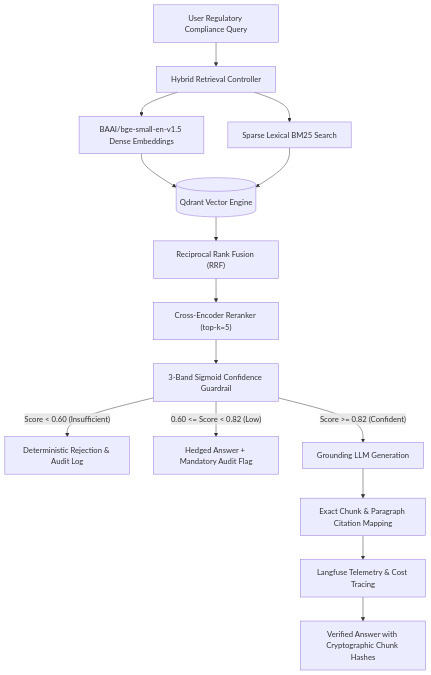
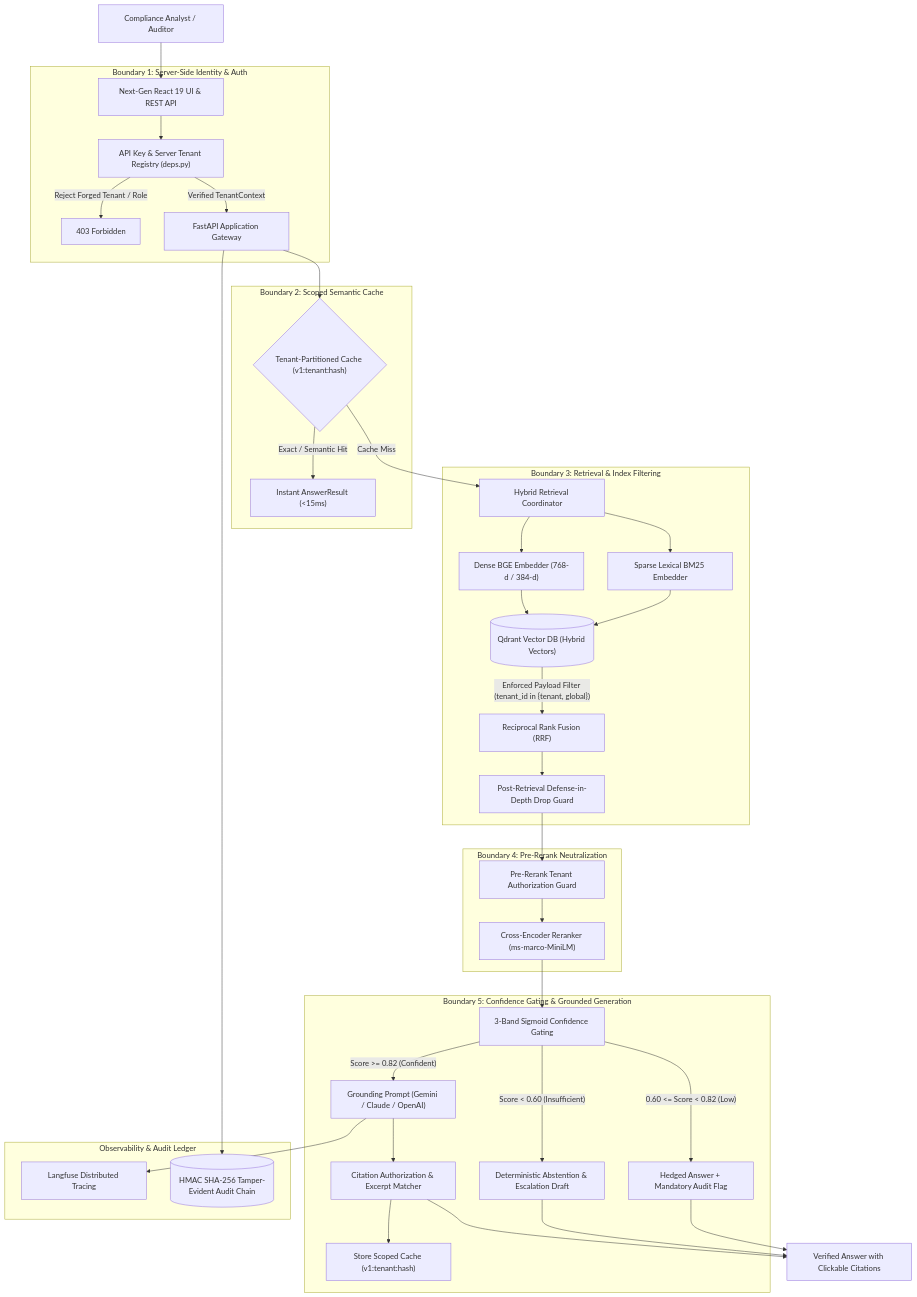
One commit to sultanriaz/citerator changed the diagram in README.md. Above: the diagram before and after it, drawn with Mermaid. The commit also changed other lines of this file and 147 other files, not shown here.

Commit message:
feat: implement multi-tenant security, BOLA/IDOR protection, and regulatory governance (Session 3)

````diff
--- a/README.md
+++ b/README.md
@@ -16,19 +17,48 @@
 ```mermaid
 flowchart TD
-    UserQuery["User Regulatory Compliance Query"] --> HybridCtrl["Hybrid Retrieval Controller"]
-    HybridCtrl --> DenseEmbed["BAAI/bge-small-en-v1.5 Dense Embeddings"]
-    HybridCtrl --> SparseBM25["Sparse Lexical BM25 Search"]
-    DenseEmbed --> Qdrant[("Qdrant Vector Engine")]
-    SparseBM25 --> Qdrant
-    Qdrant --> RRF["Reciprocal Rank Fusion (RRF)"]
-    RRF --> CrossEncoder["Cross-Encoder Reranker (top-k=5)"]
-    CrossEncoder --> SigmoidFilter["3-Band Sigmoid Confidence Guardrail"]
+    User["Compliance Analyst / Auditor"] --> ClientUI["Next-Gen React 19 UI & REST API"]
     
-    SigmoidFilter -->|"Score < 0.60 (Insufficient)"| Refusal["Deterministic Rejection & Audit Log"]
-    SigmoidFilter -->|"0.60 <= Score < 0.82 (Low)"| Hedged["Hedged Answer + Mandatory Audit Flag"]
-    SigmoidFilter -->|"Score >= 0.82 (Confident)"| Generator["Grounding LLM Generation"]
+    subgraph "Boundary 1: Server-Side Identity & Auth"
+        ClientUI --> AuthGate["API Key & Server Tenant Registry (deps.py)"]
+        AuthGate -->|"Reject Forged Tenant / Role"| Deny403["403 Forbidden"]
+        AuthGate -->|"Verified TenantContext"| RouteHandler["FastAPI Application Gateway"]
+    end
     
-    Generator --> CitationSpan["Exact Chunk & Paragraph Citation Mapping"]
-    CitationSpan --> Tracing["Langfuse Telemetry & Cost Tracing"]
-    Tracing --> FinalResponse["Verified Answer with Cryptographic Chunk Hashes"]
+    subgraph "Boundary 2: Scoped Semantic Cache"
+        RouteHandler --> CacheLookup{"Tenant-Partitioned Cache (v1:tenant:hash)"}
+        CacheLookup -->|"Exact / Semantic Hit"| CachedResponse["Instant AnswerResult (<15ms)"]
+    end
+    
+    subgraph "Boundary 3: Retrieval & Index Filtering"
+        CacheLookup -->|"Cache Miss"| HybridEngine["Hybrid Retrieval Coordinator"]
+        HybridEngine --> Dense["Dense BGE Embedder (768-d / 384-d)"]
+        HybridEngine --> Sparse["Sparse Lexical BM25 Embedder"]
+        Dense --> Qdrant[("Qdrant Vector DB (Hybrid Vectors)")]
+        Sparse --> Qdrant
+        Qdrant -->|"Enforced Payload Filter (tenant_id in {tenant, global})"| RRF["Reciprocal Rank Fusion (RRF)"]
+        RRF --> PostDrop["Post-Retrieval Defense-in-Depth Drop Guard"]
+    end
+    
+    subgraph "Boundary 4: Pre-Rerank Neutralization"
+        PostDrop --> PreRerankAuth["Pre-Rerank Tenant Authorization Guard"]
+        PreRerankAuth --> Reranker["Cross-Encoder Reranker (ms-marco-MiniLM)"]
+    end
+    
+    subgraph "Boundary 5: Confidence Gating & Grounded Generation"
+        Reranker --> SigmoidGating["3-Band Sigmoid Confidence Gating"]
+        SigmoidGating -->|"Score < 0.60 (Insufficient)"| Refuse["Deterministic Abstention & Escalation Draft"]
+        SigmoidGating -->|"0.60 <= Score < 0.82 (Low)"| Hedged["Hedged Answer + Mandatory Audit Flag"]
+        SigmoidGating -->|"Score >= 0.82 (Confident)"| LLM["Grounding Prompt (Gemini / Claude / OpenAI)"]
+        LLM --> CitationResolver["Citation Authorization & Excerpt Matcher"]
+        CitationResolver --> CacheStore["Store Scoped Cache (v1:tenant:hash)"]
+    end
+    
+    subgraph "Observability & Audit Ledger"
+        LLM --> LangfuseTrace["Langfuse Distributed Tracing"]
+        RouteHandler --> AuditLedger[("HMAC SHA-256 Tamper-Evident Audit Chain")]
+    end
+    
+    CitationResolver --> FinalResponse["Verified Answer with Clickable Citations"]
+    Refuse --> FinalResponse
+    Hedged --> FinalResponse
 ```
````
